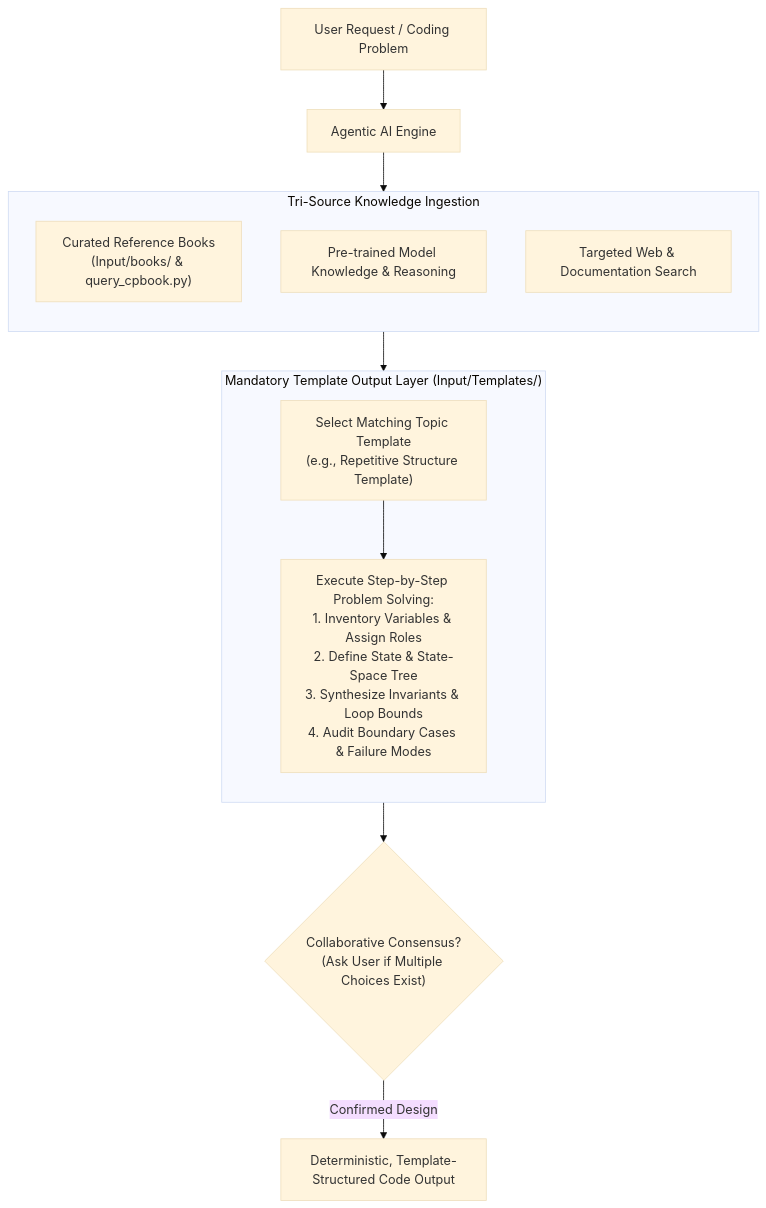
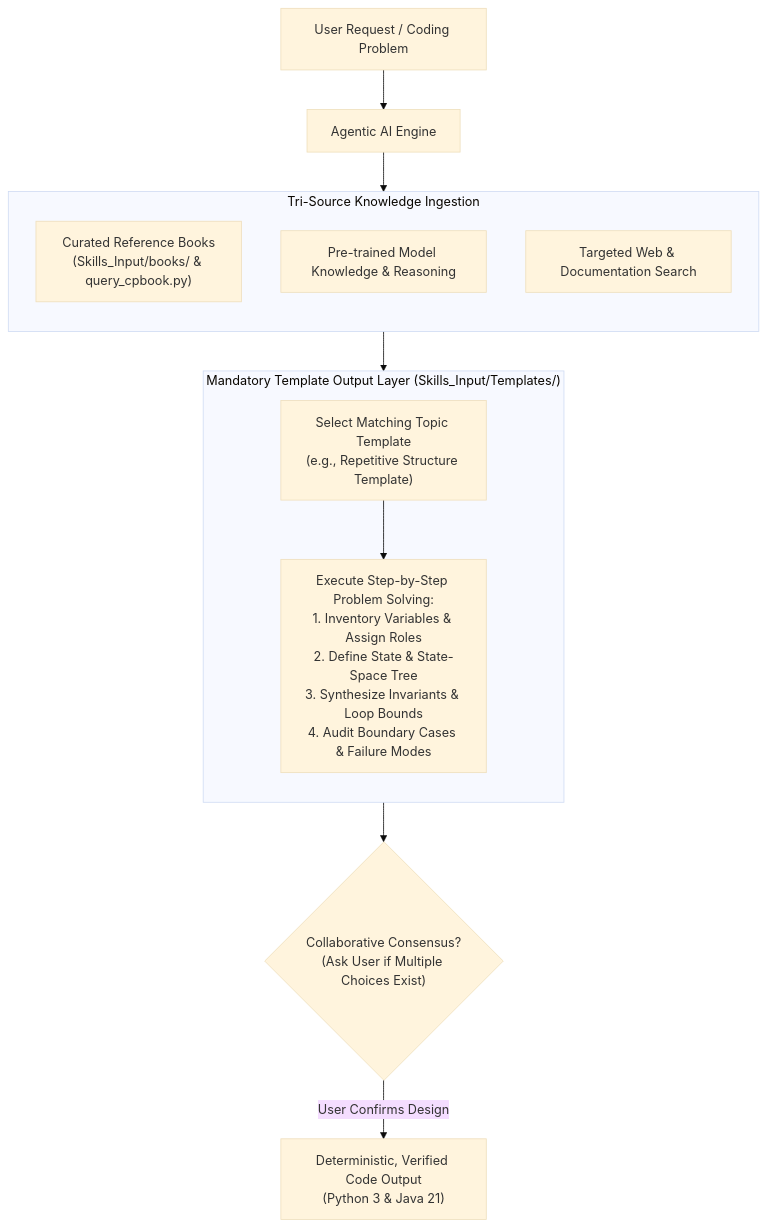
One commit to AkmKawser/Science_Of_Coding changed the diagram in .agent/skills/SkillsOnFixedResources/cpbook4/SkillArchitecture/ARCHITECTURE.md. Above: the diagram before and after it, drawn with Mermaid (base theme). The commit also changed other lines of this file and 34 other files, not shown here.

Commit message:
Add output formating.md and synchronize paths with new Skills_Input and Skills_Output structure

````diff
--- a/.agent/skills/SkillsOnFixedResources/cpbook4/SkillArchitecture/ARCHITECTURE.md
+++ b/.agent/skills/SkillsOnFixedResources/cpbook4/SkillArchitecture/ARCHITECTURE.md
@@ -36,25 +36,25 @@
 ```mermaid
 flowchart TD
     User["User Request / Coding Problem"] --> Agent["Agentic AI Engine"]
     
     subgraph KnowledgeSources["Tri-Source Knowledge Ingestion"]
         direction TB
-        Books["Curated Reference Books<br/>(Input/books/ & query_cpbook.py)"]
+        Books["Curated Reference Books<br/>(Skills_Input/books/ & query_cpbook.py)"]
         LLM["Pre-trained Model Knowledge & Reasoning"]
         Web["Targeted Web & Documentation Search"]
     end
     
     Agent --> KnowledgeSources
     
-    subgraph TemplateSynthesis["Mandatory Template Output Layer (Input/Templates/)"]
+    subgraph TemplateSynthesis["Mandatory Template Output Layer (Skills_Input/Templates/)"]
         direction TB
         TSelect["Select Matching Topic Template<br/>(e.g., Repetitive Structure Template)"]
         TSteps["Execute Step-by-Step Problem Solving:<br/>1. Inventory Variables & Assign Roles<br/>2. Define State & State-Space Tree<br/>3. Synthesize Invariants & Loop Bounds<br/>4. Audit Boundary Cases & Failure Modes"]
         TSelect --> TSteps
     end
     
     KnowledgeSources --> TemplateSynthesis
     
     TemplateSynthesis --> Consensus{"Collaborative Consensus?<br/>(Ask User if Multiple Choices Exist)"}
-    Consensus -->|Confirmed Design| Output["Deterministic, Template-Structured Code Output"]
+    Consensus -->|User Confirms Design| CodeOutput["Deterministic, Verified Code Output<br/>(Python 3 & Java 21)"]
 ```
````
